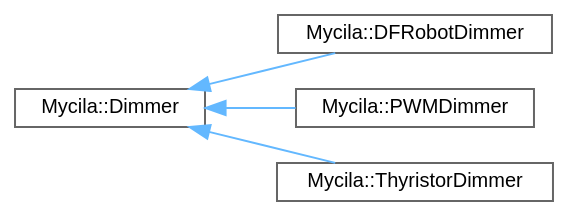
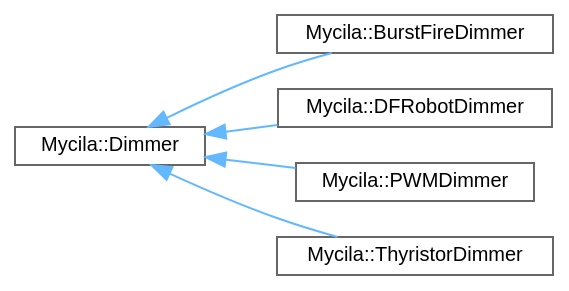
The diagram in docs/api/inherit_graph_2.dot (mathieucarbou/MycilaDimmer), drawn with Graphviz before and after one commit. The commit also changed 38 other files, not shown here.

Commit message:
Burst Fire dimming

```diff
--- a/docs/api/inherit_graph_2.dot
+++ b/docs/api/inherit_graph_2.dot
@@ -1,15 +1,17 @@
 digraph "Graphical Class Hierarchy"
 {
  // LATEX_PDF_SIZE
   bgcolor="transparent";
   edge [fontname=Helvetica,fontsize=10,labelfontname=Helvetica,labelfontsize=10];
   node [fontname=Helvetica,fontsize=10,shape=box,height=0.2,width=0.4];
   rankdir="LR";
   Node0 [id="Node000000",label="Mycila::Dimmer",height=0.2,width=0.4,color="grey40", fillcolor="white", style="filled",URL="$class_mycila_1_1_dimmer.html",tooltip=" "];
   Node0 -> Node1 [id="edge1_Node000000_Node000001",dir="back",color="steelblue1",style="solid",tooltip=" "];
-  Node1 [id="Node000001",label="Mycila::DFRobotDimmer",height=0.2,width=0.4,color="grey40", fillcolor="white", style="filled",URL="$class_mycila_1_1_d_f_robot_dimmer.html",tooltip="DFRobot DFR1071/DFR1073/DFR0971 I2C controlled 0-10V/0-5V dimmer implementation for voltage regulator..."];
+  Node1 [id="Node000001",label="Mycila::BurstFireDimmer",height=0.2,width=0.4,color="grey40", fillcolor="white", style="filled",URL="$class_mycila_1_1_burst_fire_dimmer.html",tooltip=" "];
   Node0 -> Node2 [id="edge2_Node000000_Node000002",dir="back",color="steelblue1",style="solid",tooltip=" "];
-  Node2 [id="Node000002",label="Mycila::PWMDimmer",height=0.2,width=0.4,color="grey40", fillcolor="white", style="filled",URL="$class_mycila_1_1_p_w_m_dimmer.html",tooltip="PWM based dimmer implementation for voltage regulators controlled by a PWM signal to 0-10V analog con..."];
+  Node2 [id="Node000002",label="Mycila::DFRobotDimmer",height=0.2,width=0.4,color="grey40", fillcolor="white", style="filled",URL="$class_mycila_1_1_d_f_robot_dimmer.html",tooltip="DFRobot DFR1071/DFR1073/DFR0971 I2C controlled 0-10V/0-5V dimmer implementation for voltage regulator..."];
   Node0 -> Node3 [id="edge3_Node000000_Node000003",dir="back",color="steelblue1",style="solid",tooltip=" "];
-  Node3 [id="Node000003",label="Mycila::ThyristorDimmer",height=0.2,width=0.4,color="grey40", fillcolor="white", style="filled",URL="$class_mycila_1_1_thyristor_dimmer.html",tooltip="Thyristor (TRIAC) based dimmer implementation for TRIAC and Random SSR dimmers."];
+  Node3 [id="Node000003",label="Mycila::PWMDimmer",height=0.2,width=0.4,color="grey40", fillcolor="white", style="filled",URL="$class_mycila_1_1_p_w_m_dimmer.html",tooltip="PWM based dimmer implementation for voltage regulators controlled by a PWM signal to 0-10V analog con..."];
+  Node0 -> Node4 [id="edge4_Node000000_Node000004",dir="back",color="steelblue1",style="solid",tooltip=" "];
+  Node4 [id="Node000004",label="Mycila::ThyristorDimmer",height=0.2,width=0.4,color="grey40", fillcolor="white", style="filled",URL="$class_mycila_1_1_thyristor_dimmer.html",tooltip="Thyristor (TRIAC) based dimmer implementation for TRIAC and Random SSR dimmers."];
 }
```
